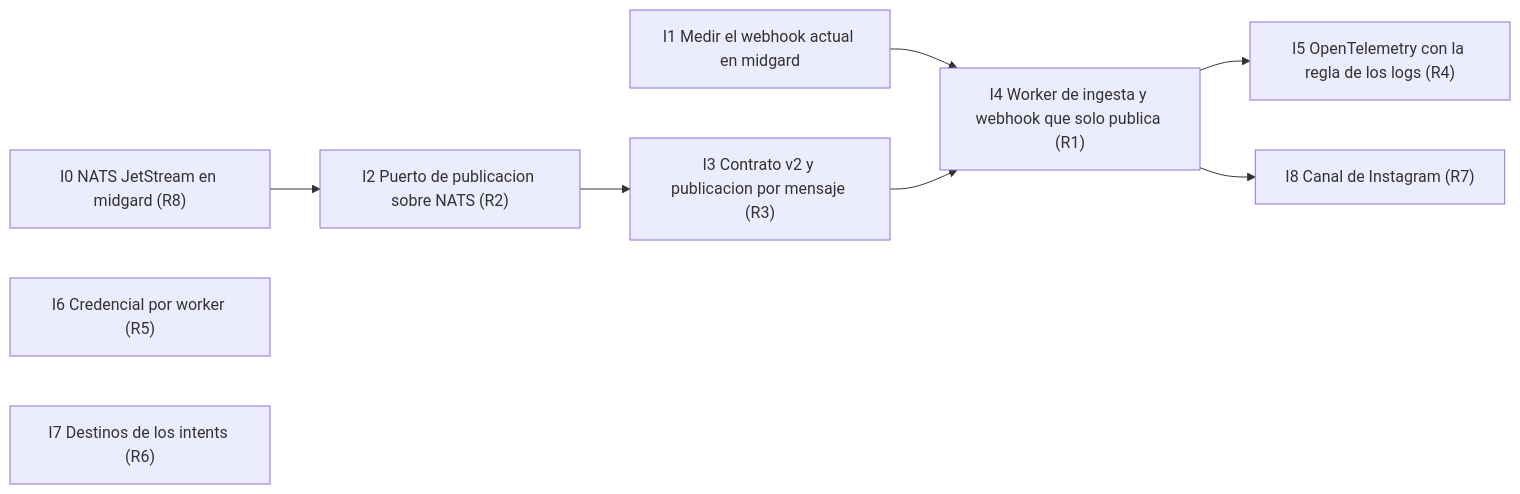
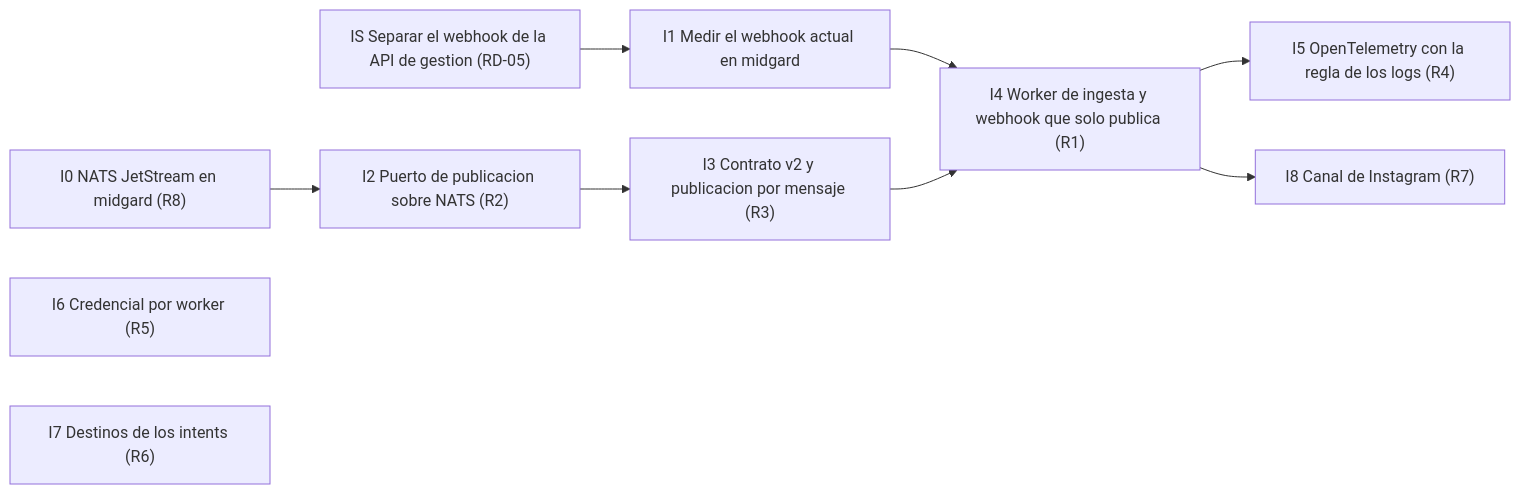
The third of 3 diagrams in docs/00-project/plan-topologia-de-workers.md (jeremialcala/wh-python-fastapi-messenger), drawn with Mermaid before and after one commit. The commit also changed other lines of this file and 6 other files, not shown here.

````diff
--- a/docs/00-project/plan-topologia-de-workers.md
+++ b/docs/00-project/plan-topologia-de-workers.md
@@ -214,13 +214,14 @@
 ```mermaid
 flowchart LR
+    IS["IS Separar el webhook de la API de gestion (RD-05)"] --> I1
     I1["I1 Medir el webhook actual en midgard"] --> I4
     I0["I0 NATS JetStream en midgard (R8)"] --> I2
     I2["I2 Puerto de publicacion sobre NATS (R2)"] --> I3
     I3["I3 Contrato v2 y publicacion por mensaje (R3)"] --> I4
     I4["I4 Worker de ingesta y webhook que solo publica (R1)"] --> I5
     I4 --> I8
     I5["I5 OpenTelemetry con la regla de los logs (R4)"]
     I6["I6 Credencial por worker (R5)"]
     I7["I7 Destinos de los intents (R6)"]
     I8["I8 Canal de Instagram (R7)"]
 ```
````
